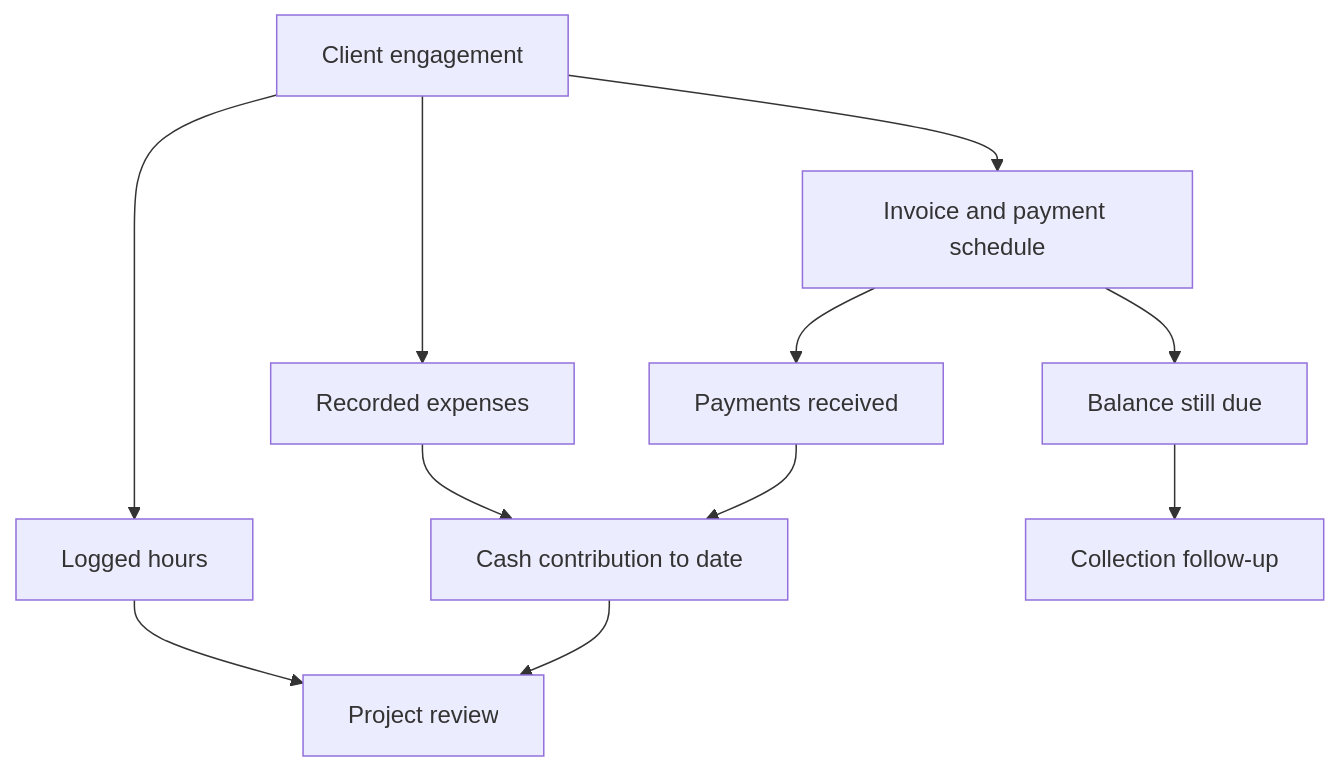
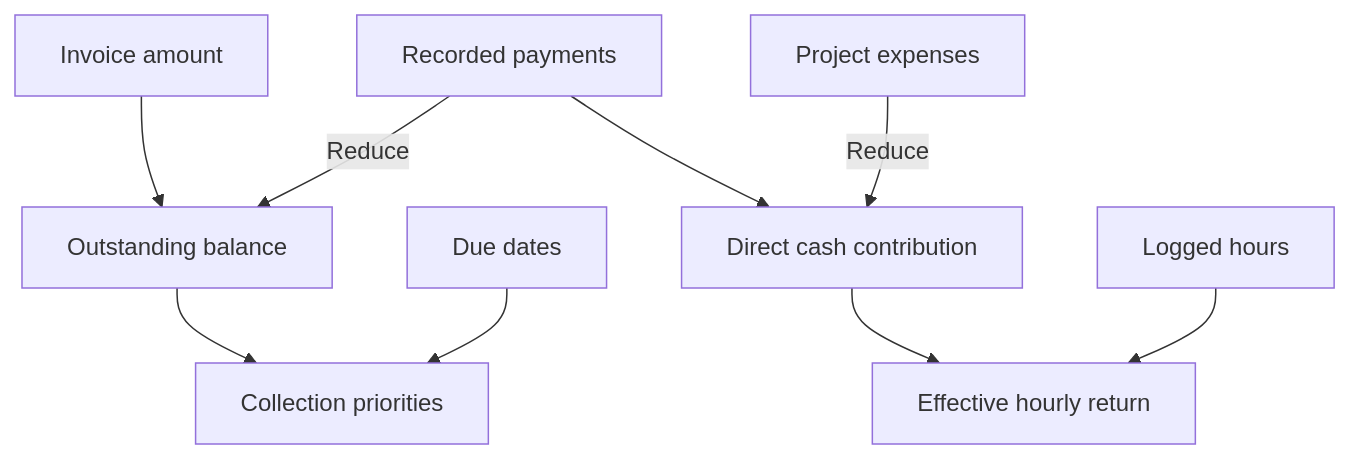
One commit to PerezChris99/kc-ledger changed the first of 2 diagrams in README.md. Above: the diagram before and after it, drawn with Mermaid. The commit also changed other lines of this file, not shown here.

Commit message:
docs: illustrate engagement economics and evidence-based strategy reviews

````diff
--- a/README.md
+++ b/README.md
@@ -20,13 +19,11 @@
 ```mermaid
 flowchart TD
-    Work[Client engagement] --> Bill[Invoice and payment schedule]
-    Work --> Cost[Recorded expenses]
-    Work --> Time[Logged hours]
-    Bill --> Paid[Payments received]
-    Bill --> Due[Balance still due]
-    Paid --> Cash[Cash contribution to date]
-    Cost --> Cash
-    Cash --> Review[Project review]
-    Time --> Review
-    Due --> Follow[Collection follow-up]
+    Invoice[Invoice amount] --> Balance[Outstanding balance]
+    Receipts[Recorded payments] -->|Reduce| Balance
+    Receipts --> Contribution[Direct cash contribution]
+    Expenses[Project expenses] -->|Reduce| Contribution
+    Contribution --> Rate[Effective hourly return]
+    Hours[Logged hours] --> Rate
+    Balance --> Collection[Collection priorities]
+    Schedule[Due dates] --> Collection
 ```
````
